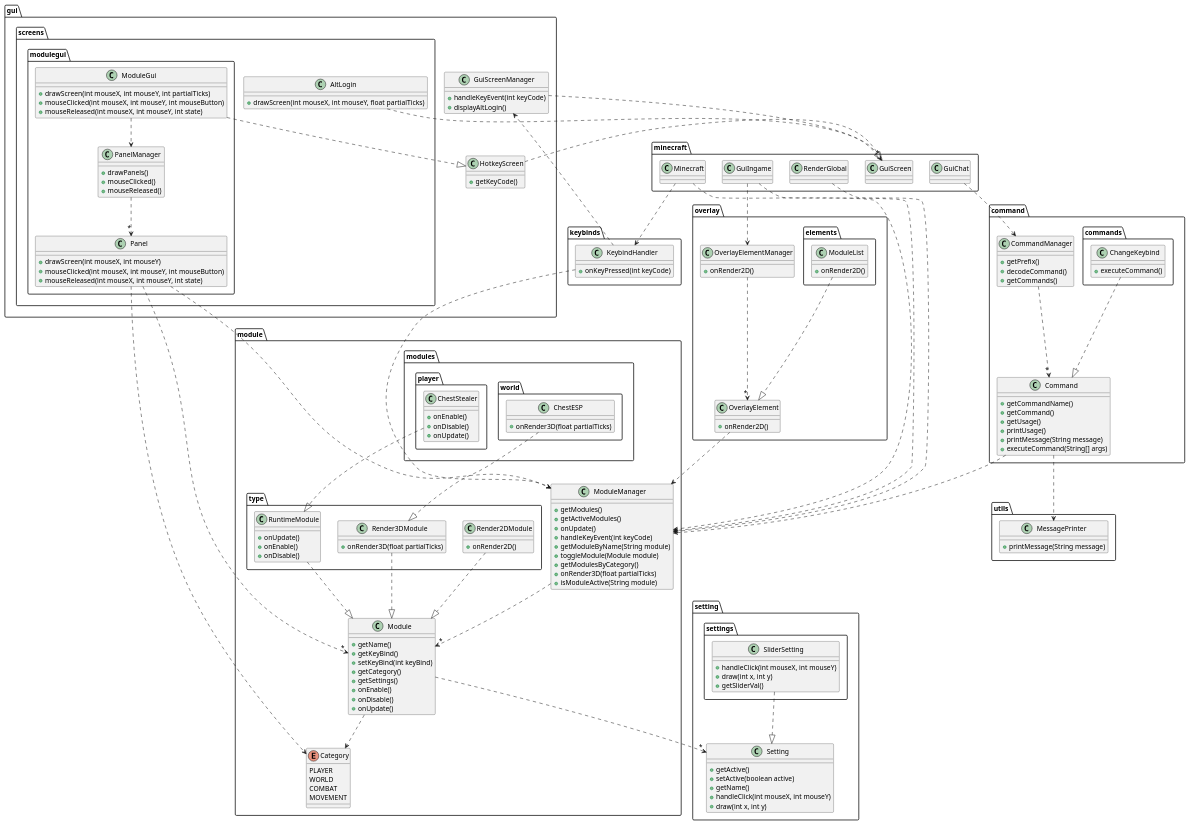
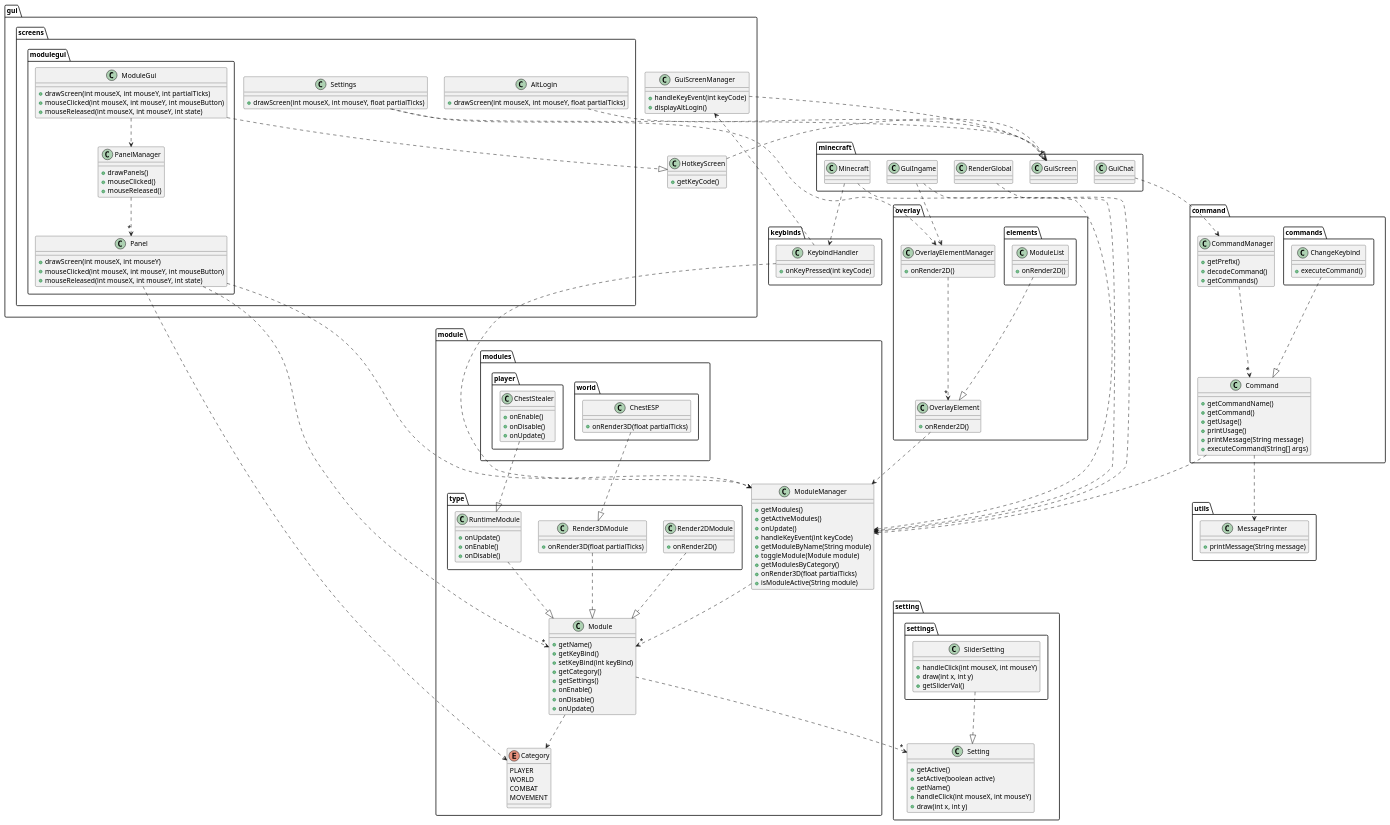
The diagram in jetclient/docs/jetclient.puml (philipp-sebastian/jetclient), drawn with PlantUML before and after one commit. The commit also changed 6 other files, not shown here.

Commit message:
Refactor settings screen code

```diff
--- a/jetclient/docs/jetclient.puml
+++ b/jetclient/docs/jetclient.puml
@@ -53,6 +53,10 @@
 }
 
 class AltLogin {
+    + drawScreen(int mouseX, int mouseY, float partialTicks)
+}
+
+class Settings {
     + drawScreen(int mouseX, int mouseY, float partialTicks)
 }
 }
@@ -186,6 +190,8 @@
 GuiScreenManager ..> "*" GuiScreen
 ModuleGui ..|> HotkeyScreen
 HotkeyScreen ..|> GuiScreen
+Settings ..|> GuiScreen
+Settings ..> OverlayElementManager
 AltLogin ..|> GuiScreen
 ModuleManager ..> "*" Module
 Module ..> Category
```
